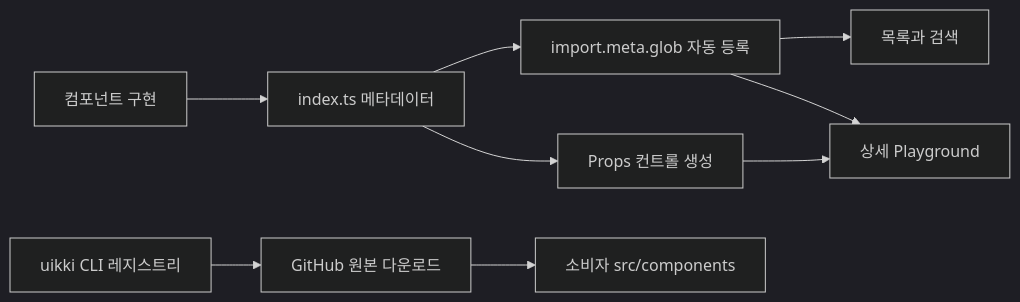
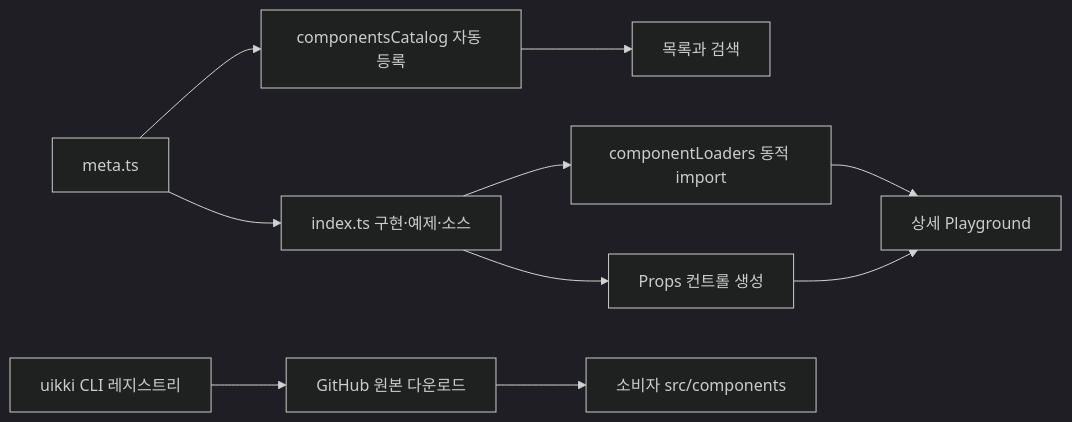
Before and after one commit to dmswl6310/Uikki-uikki: the diagram in README.md, drawn with Mermaid (dark theme). The commit also changed other lines of this file and 2 other files, not shown here.

Commit message:
docs: 컴포넌트 카탈로그 및 설계 문서 갱신

````diff
--- a/README.md
+++ b/README.md
@@ -33,11 +34,12 @@
 ```mermaid
 flowchart LR
-  A[컴포넌트 구현] --> B[index.ts 메타데이터]
-  B --> C[import.meta.glob 자동 등록]
-  C --> D[목록과 검색]
-  C --> E[상세 Playground]
-  B --> F[Props 컨트롤 생성]
-  F --> E
-  G[uikki CLI 레지스트리] --> H[GitHub 원본 다운로드]
-  H --> I[소비자 src/components]
+  A[meta.ts] --> B[componentsCatalog 자동 등록]
+  B --> C[목록과 검색]
+  D[index.ts 구현·예제·소스] --> E[componentLoaders 동적 import]
+  A --> D
+  E --> F[상세 Playground]
+  D --> G[Props 컨트롤 생성]
+  G --> F
+  H[uikki CLI 레지스트리] --> I[GitHub 원본 다운로드]
+  I --> J[소비자 src/components]
 ```
````
